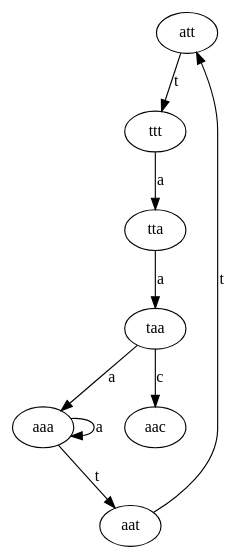
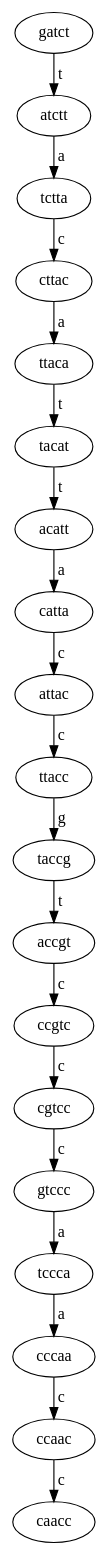
The diagram in 1/esbio/outputs/mut2.dot (dlcgold/assignment-bioinfo), drawn with Graphviz before and after one commit. The commit also changed 237 other files, not shown here.

```diff
--- a/1/esbio/outputs/mut2.dot
+++ b/1/esbio/outputs/mut2.dot
@@ -1,10 +1,22 @@
 digraph sample{
-	"att" -> "ttt" [ label = "t" ];
-	"ttt" -> "tta" [ label = "a" ];
-	"tta" -> "taa" [ label = "a" ];
-	"taa" -> "aaa" [ label = "a" ];
-	"aaa" -> "aaa" [ label = "a" ];
-	"aaa" -> "aat" [ label = "t" ];
-	"aat" -> "att" [ label = "t" ];
-	"taa" -> "aac" [ label = "c" ];
+ nodesep="0.3";
+ranksep="0.3";
+ 	"gatct" -> "atctt" [ label = " t" ];
+	"atctt" -> "tctta" [ label = " a" ];
+	"tctta" -> "cttac" [ label = " c" ];
+	"cttac" -> "ttaca" [ label = " a" ];
+	"ttaca" -> "tacat" [ label = " t" ];
+	"tacat" -> "acatt" [ label = " t" ];
+	"acatt" -> "catta" [ label = " a" ];
+	"catta" -> "attac" [ label = " c" ];
+	"attac" -> "ttacc" [ label = " c" ];
+	"ttacc" -> "taccg" [ label = " g" ];
+	"taccg" -> "accgt" [ label = " t" ];
+	"accgt" -> "ccgtc" [ label = " c" ];
+	"ccgtc" -> "cgtcc" [ label = " c" ];
+	"cgtcc" -> "gtccc" [ label = " c" ];
+	"gtccc" -> "tccca" [ label = " a" ];
+	"tccca" -> "cccaa" [ label = " a" ];
+	"cccaa" -> "ccaac" [ label = " c" ];
+	"ccaac" -> "caacc" [ label = " c" ];
 }
```
